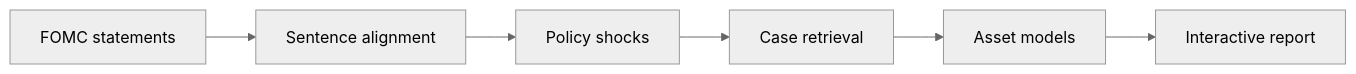
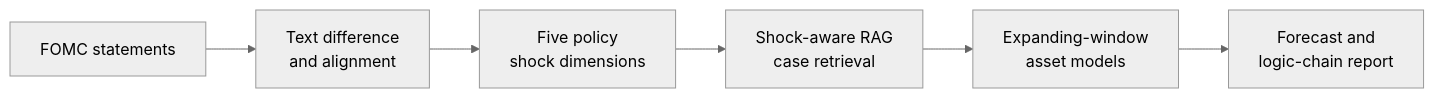
The diagram in README.md (Yiyang-3/fomc-rag-market-prediction), drawn with Mermaid (neutral theme) before and after one commit. The commit also changed other lines of this file and 4 other files, not shown here.

````diff
--- a/README.md
+++ b/README.md
@@ -11,8 +31,8 @@
 ```mermaid
 flowchart LR
-    A[FOMC statements] --> B[Sentence alignment]
-    B --> C[Policy shocks]
-    C --> D[Case retrieval]
-    D --> E[Asset models]
-    E --> F[Interactive report]
+    A["FOMC statements"] --> B["Text difference<br/>and alignment"]
+    B --> C["Five policy<br/>shock dimensions"]
+    C --> D["Shock-aware RAG<br/>case retrieval"]
+    D --> E["Expanding-window<br/>asset models"]
+    E --> F["Forecast and<br/>logic-chain report"]
 ```
````
